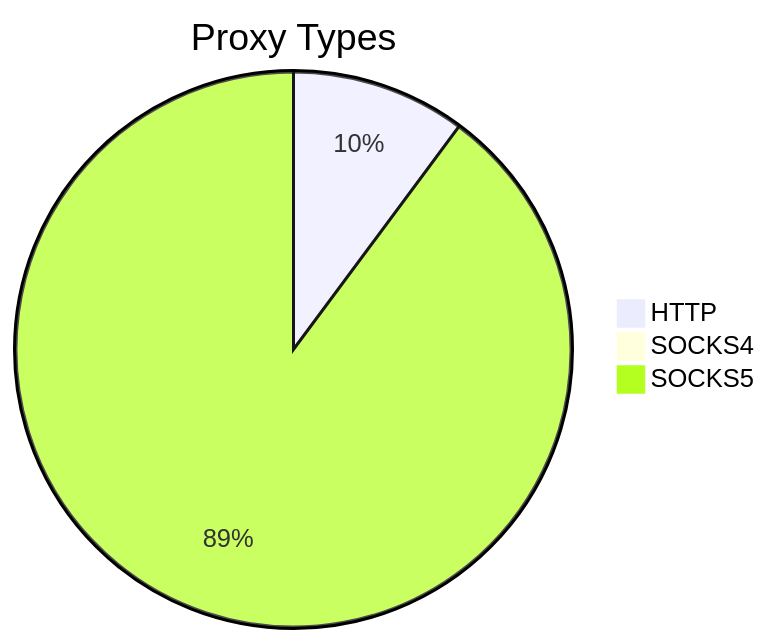
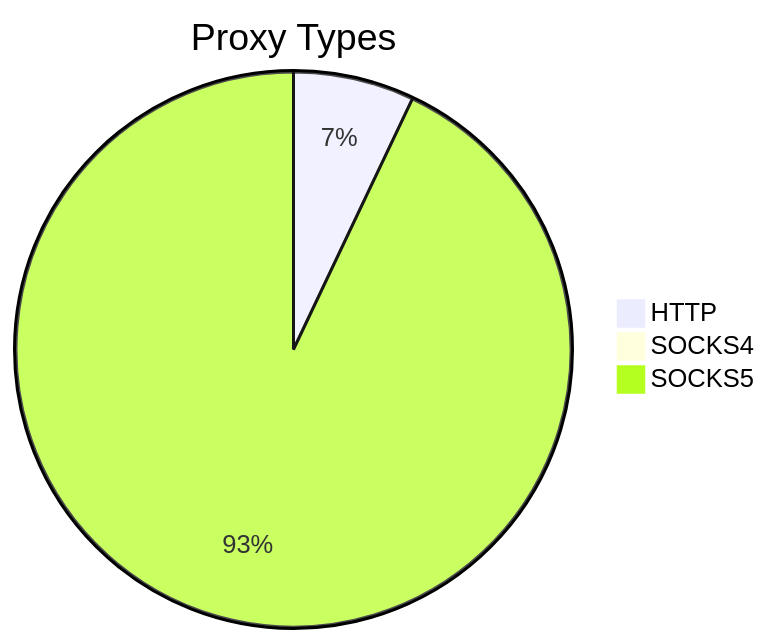
The first of 2 diagrams in README.md (stormsia/proxy-list), drawn with Mermaid before and after one commit. The commit also changed other lines of this file, not shown here.

````diff
--- a/README.md
+++ b/README.md
@@ -21,6 +21,6 @@
 ```mermaid
 pie title Proxy Types
-    "HTTP" : 647
-    "SOCKS4" : 62
-    "SOCKS5" : 5719
+    "HTTP" : 659
+    "SOCKS4" : 29
+    "SOCKS5" : 8689
 ```
````
